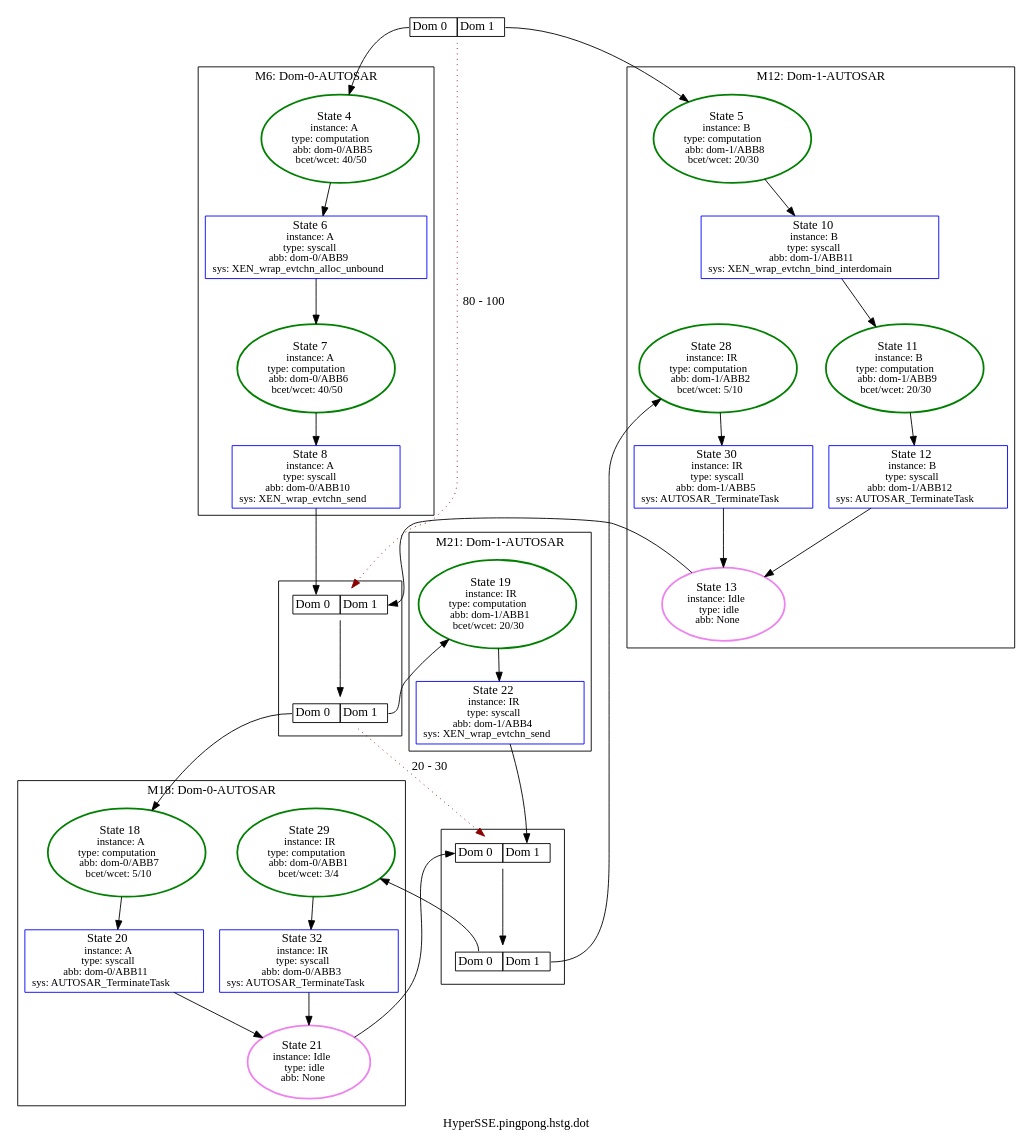
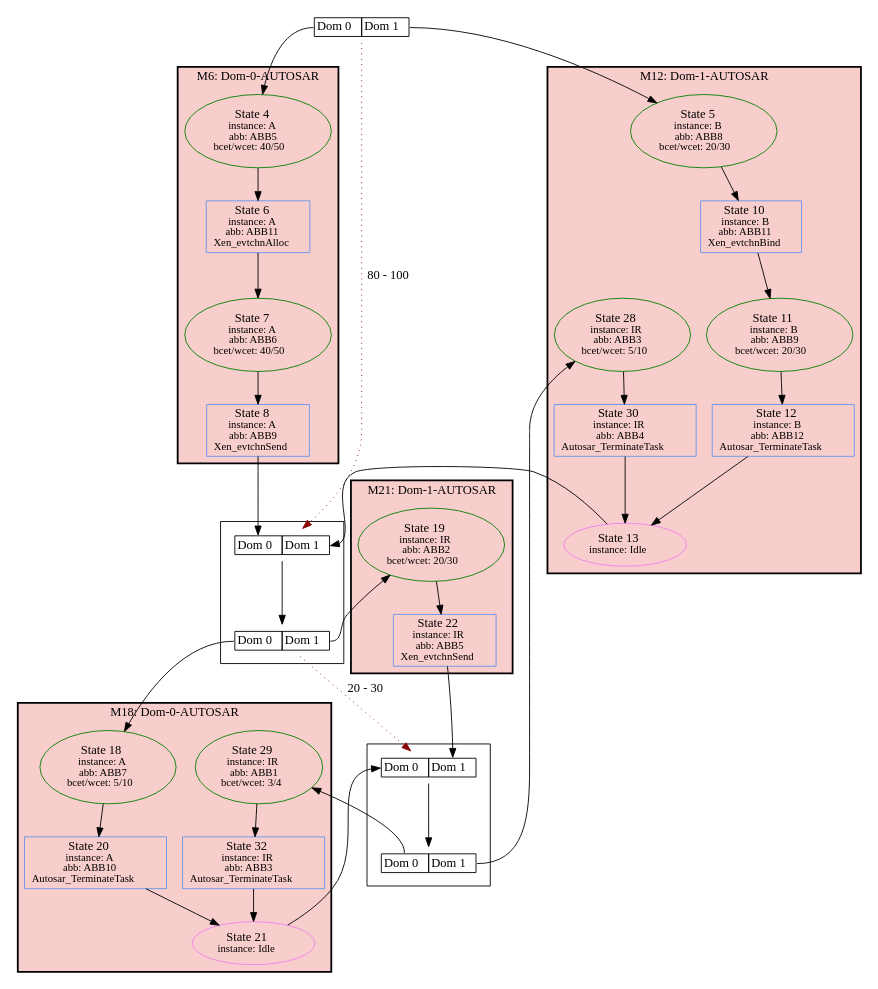
Before and after one commit to luhsra/ara: the diagram in appl/Xen/pingpong/HyperSSE.pingpong.hstg.dot, drawn with Graphviz. The commit also changed 15 other files, not shown here.

```diff
--- a/appl/Xen/pingpong/HyperSSE.pingpong.hstg.dot
+++ b/appl/Xen/pingpong/HyperSSE.pingpong.hstg.dot
@@ -1,78 +1,86 @@
 digraph G {
-label="HyperSSE.pingpong.hstg.dot";
+label="";
 1 [label=<<TABLE BORDER="0" CELLBORDER="1" CELLSPACING="0"><TR><TD PORT="c0">Dom 0</TD><TD PORT="c1">Dom 1</TD></TR></TABLE>>, shape=plaintext, tooltip=1];
 subgraph cluster_6 {
+bgcolor="#F8CECC";
 label="M6: Dom-0-AUTOSAR";
-2 [color=green, fontsize=14, label=<State 4<br/><font point-size='12'>instance: A<br/>type: computation<br/>abb: dom-0/ABB5<br/>bcet/wcet: 40/50</font>>, style=bold, tooltip=2];
-3 [color=blue, fontsize=14, label=<State 6<br/><font point-size='12'>instance: A<br/>type: syscall<br/>abb: dom-0/ABB9<br/>sys: XEN_wrap_evtchn_alloc_unbound</font>>, shape=box, tooltip=3];
-4 [color=green, fontsize=14, label=<State 7<br/><font point-size='12'>instance: A<br/>type: computation<br/>abb: dom-0/ABB6<br/>bcet/wcet: 40/50</font>>, style=bold, tooltip=4];
-5 [color=blue, fontsize=14, label=<State 8<br/><font point-size='12'>instance: A<br/>type: syscall<br/>abb: dom-0/ABB10<br/>sys: XEN_wrap_evtchn_send</font>>, shape=box, tooltip=5];
+style=bold;
+2 [color=green, fontsize=14, label=<State 4<br/><font point-size='12'>instance: A<br/>abb: ABB5<br/>bcet/wcet: 40/50</font>>, style=solid, tooltip=2];
+3 [color=cornflowerblue, fontsize=14, label=<State 6<br/><font point-size='12'>instance: A<br/>abb: ABB11<br/>Xen_evtchnAlloc</font>>, shape=box, tooltip=3];
+4 [color=green, fontsize=14, label=<State 7<br/><font point-size='12'>instance: A<br/>abb: ABB6<br/>bcet/wcet: 40/50</font>>, style=solid, tooltip=4];
+5 [color=cornflowerblue, fontsize=14, label=<State 8<br/><font point-size='12'>instance: A<br/>abb: ABB9<br/>Xen_evtchnSend</font>>, shape=box, tooltip=5];
 }
 
 subgraph cluster_12 {
+bgcolor="#F8CECC";
 label="M12: Dom-1-AUTOSAR";
-7 [color=green, fontsize=14, label=<State 5<br/><font point-size='12'>instance: B<br/>type: computation<br/>abb: dom-1/ABB8<br/>bcet/wcet: 20/30</font>>, style=bold, tooltip=7];
-8 [color=blue, fontsize=14, label=<State 10<br/><font point-size='12'>instance: B<br/>type: syscall<br/>abb: dom-1/ABB11<br/>sys: XEN_wrap_evtchn_bind_interdomain</font>>, shape=box, tooltip=8];
-9 [color=green, fontsize=14, label=<State 11<br/><font point-size='12'>instance: B<br/>type: computation<br/>abb: dom-1/ABB9<br/>bcet/wcet: 20/30</font>>, style=bold, tooltip=9];
-10 [color=blue, fontsize=14, label=<State 12<br/><font point-size='12'>instance: B<br/>type: syscall<br/>abb: dom-1/ABB12<br/>sys: AUTOSAR_TerminateTask</font>>, shape=box, tooltip=10];
-11 [color=violet, fontsize=14, label=<State 13<br/><font point-size='12'>instance: Idle<br/>type: idle<br/>abb: None</font>>, style=bold, tooltip=11];
-24 [color=green, fontsize=14, label=<State 28<br/><font point-size='12'>instance: IR<br/>type: computation<br/>abb: dom-1/ABB2<br/>bcet/wcet: 5/10</font>>, style=bold, tooltip=24];
-25 [color=blue, fontsize=14, label=<State 30<br/><font point-size='12'>instance: IR<br/>type: syscall<br/>abb: dom-1/ABB5<br/>sys: AUTOSAR_TerminateTask</font>>, shape=box, tooltip=25];
+style=bold;
+7 [color=green, fontsize=14, label=<State 5<br/><font point-size='12'>instance: B<br/>abb: ABB8<br/>bcet/wcet: 20/30</font>>, style=solid, tooltip=7];
+8 [color=cornflowerblue, fontsize=14, label=<State 10<br/><font point-size='12'>instance: B<br/>abb: ABB11<br/>Xen_evtchnBind</font>>, shape=box, tooltip=8];
+9 [color=green, fontsize=14, label=<State 11<br/><font point-size='12'>instance: B<br/>abb: ABB9<br/>bcet/wcet: 20/30</font>>, style=solid, tooltip=9];
+10 [color=cornflowerblue, fontsize=14, label=<State 12<br/><font point-size='12'>instance: B<br/>abb: ABB12<br/>Autosar_TerminateTask</font>>, shape=box, tooltip=10];
+11 [color=violet, fontsize=14, label=<State 13<br/><font point-size='12'>instance: Idle</font>>, style=solid, tooltip=11];
+24 [color=green, fontsize=14, label=<State 28<br/><font point-size='12'>instance: IR<br/>abb: ABB3<br/>bcet/wcet: 5/10</font>>, style=solid, tooltip=24];
+25 [color=cornflowerblue, fontsize=14, label=<State 30<br/><font point-size='12'>instance: IR<br/>abb: ABB4<br/>Autosar_TerminateTask</font>>, shape=box, tooltip=25];
 }
 
 subgraph cluster_18 {
+bgcolor="#F8CECC";
 label="M18: Dom-0-AUTOSAR";
-16 [color=blue, fontsize=14, label=<State 20<br/><font point-size='12'>instance: A<br/>type: syscall<br/>abb: dom-0/ABB11<br/>sys: AUTOSAR_TerminateTask</font>>, shape=box, tooltip=16];
-17 [color=violet, fontsize=14, label=<State 21<br/><font point-size='12'>instance: Idle<br/>type: idle<br/>abb: None</font>>, style=bold, tooltip=17];
-15 [color=green, fontsize=14, label=<State 18<br/><font point-size='12'>instance: A<br/>type: computation<br/>abb: dom-0/ABB7<br/>bcet/wcet: 5/10</font>>, style=bold, tooltip=15];
-26 [color=green, fontsize=14, label=<State 29<br/><font point-size='12'>instance: IR<br/>type: computation<br/>abb: dom-0/ABB1<br/>bcet/wcet: 3/4</font>>, style=bold, tooltip=26];
-27 [color=blue, fontsize=14, label=<State 32<br/><font point-size='12'>instance: IR<br/>type: syscall<br/>abb: dom-0/ABB3<br/>sys: AUTOSAR_TerminateTask</font>>, shape=box, tooltip=27];
+style=bold;
+16 [color=cornflowerblue, fontsize=14, label=<State 20<br/><font point-size='12'>instance: A<br/>abb: ABB10<br/>Autosar_TerminateTask</font>>, shape=box, tooltip=16];
+17 [color=violet, fontsize=14, label=<State 21<br/><font point-size='12'>instance: Idle</font>>, style=solid, tooltip=17];
+15 [color=green, fontsize=14, label=<State 18<br/><font point-size='12'>instance: A<br/>abb: ABB7<br/>bcet/wcet: 5/10</font>>, style=solid, tooltip=15];
+26 [color=green, fontsize=14, label=<State 29<br/><font point-size='12'>instance: IR<br/>abb: ABB1<br/>bcet/wcet: 3/4</font>>, style=solid, tooltip=26];
+27 [color=cornflowerblue, fontsize=14, label=<State 32<br/><font point-size='12'>instance: IR<br/>abb: ABB3<br/>Autosar_TerminateTask</font>>, shape=box, tooltip=27];
 }
 
 subgraph cluster_21 {
+bgcolor="#F8CECC";
 label="M21: Dom-1-AUTOSAR";
-19 [color=green, fontsize=14, label=<State 19<br/><font point-size='12'>instance: IR<br/>type: computation<br/>abb: dom-1/ABB1<br/>bcet/wcet: 20/30</font>>, style=bold, tooltip=19];
-20 [color=blue, fontsize=14, label=<State 22<br/><font point-size='12'>instance: IR<br/>type: syscall<br/>abb: dom-1/ABB4<br/>sys: XEN_wrap_evtchn_send</font>>, shape=box, tooltip=20];
+style=bold;
+19 [color=green, fontsize=14, label=<State 19<br/><font point-size='12'>instance: IR<br/>abb: ABB2<br/>bcet/wcet: 20/30</font>>, style=solid, tooltip=19];
+20 [color=cornflowerblue, fontsize=14, label=<State 22<br/><font point-size='12'>instance: IR<br/>abb: ABB5<br/>Xen_evtchnSend</font>>, shape=box, tooltip=20];
 }
 
 subgraph cluster_Metasync13 {
 label="";
 13 [label=<<TABLE BORDER="0" CELLBORDER="1" CELLSPACING="0"><TR><TD PORT="c0">Dom 0</TD><TD PORT="c1">Dom 1</TD></TR></TABLE>>, shape=plaintext, tooltip=13];
 14 [label=<<TABLE BORDER="0" CELLBORDER="1" CELLSPACING="0"><TR><TD PORT="c0">Dom 0</TD><TD PORT="c1">Dom 1</TD></TR></TABLE>>, shape=plaintext, tooltip=14];
 }
 
 subgraph cluster_Metasync22 {
 label="";
 22 [label=<<TABLE BORDER="0" CELLBORDER="1" CELLSPACING="0"><TR><TD PORT="c0">Dom 0</TD><TD PORT="c1">Dom 1</TD></TR></TABLE>>, shape=plaintext, tooltip=22];
 23 [label=<<TABLE BORDER="0" CELLBORDER="1" CELLSPACING="0"><TR><TD PORT="c0">Dom 0</TD><TD PORT="c1">Dom 1</TD></TR></TABLE>>, shape=plaintext, tooltip=23];
 }
 
 1:c0 -> 2  [color=black];
 1:c1 -> 7  [color=black];
 1 -> 13  [color=darkred, label="80 - 100", style=dotted];
 2 -> 3  [color=black];
 3 -> 4  [color=black];
 4 -> 5  [color=black];
 5 -> 13:c0  [color=black];
 7 -> 8  [color=black];
 8 -> 9  [color=black];
 9 -> 10  [color=black];
 10 -> 11  [color=black];
 11 -> 13:c1  [color=black];
 13 -> 14  [color=black];
 14:c0 -> 15  [color=black];
 14:c1 -> 19  [color=black];
 14 -> 22  [color=darkred, label="20 - 30", style=dotted];
 15 -> 16  [color=black];
 16 -> 17  [color=black];
 17 -> 22:c0  [color=black];
 19 -> 20  [color=black];
 20 -> 22:c1  [color=black];
 22 -> 23  [color=black];
 23:c1 -> 24  [color=black];
 23:c0 -> 26  [color=black];
 24 -> 25  [color=black];
 25 -> 11  [color=black];
 26 -> 27  [color=black];
 27 -> 17  [color=black];
 }
```
